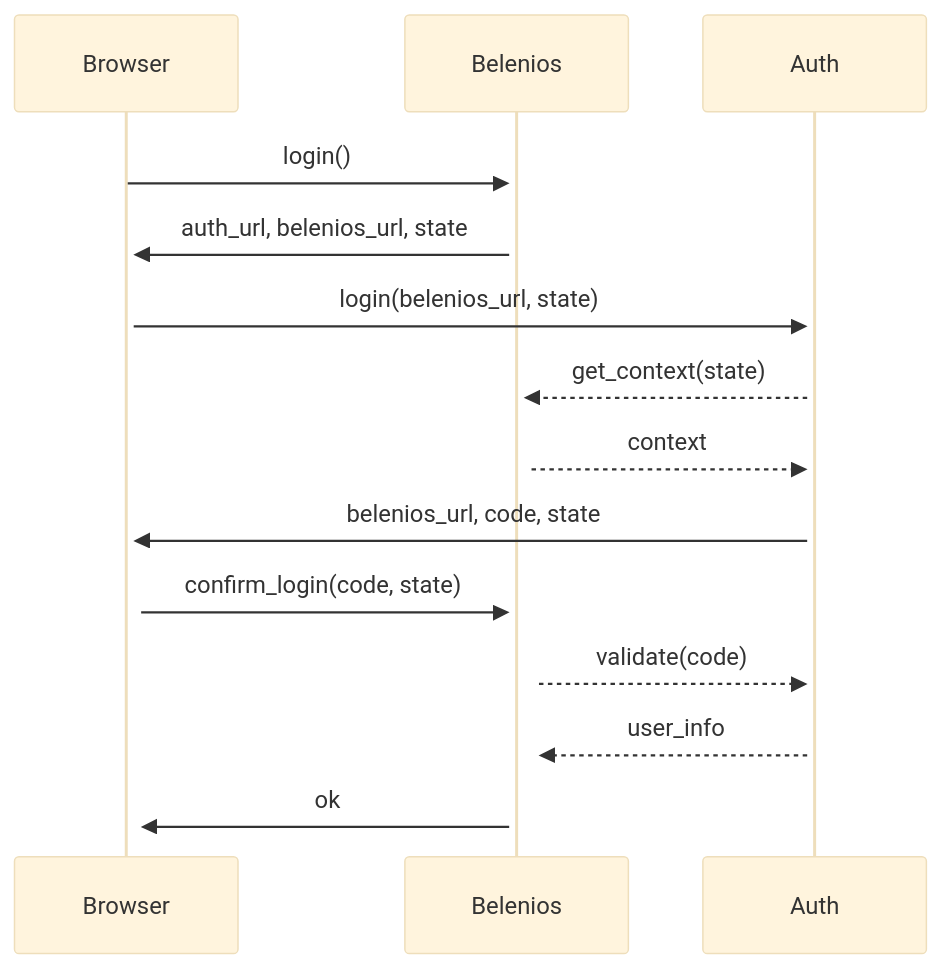
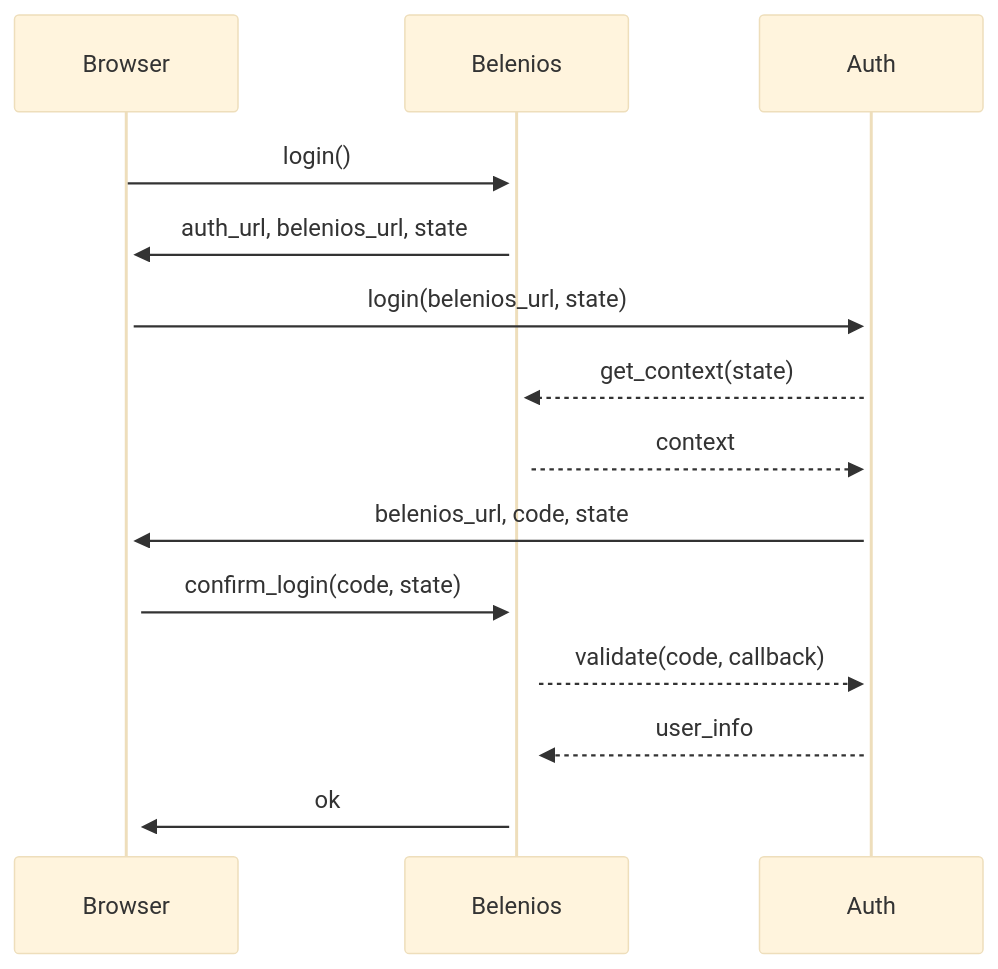
Before and after one commit to glondu/belenios: the first of 3 diagrams in doc/auth.md, drawn with Mermaid (base theme). The commit also changed other lines of this file and 4 other files, not shown here.

````diff
--- a/doc/auth.md
+++ b/doc/auth.md
@@ -31,13 +31,13 @@
 ```mermaid
 sequenceDiagram
     Browser->>+Belenios: login()
     Belenios->>+Browser: auth_url, belenios_url, state
     Browser->>+Auth: login(belenios_url, state)
     Auth-->>+Belenios: get_context(state)
     Belenios-->>+Auth: context
     Auth->>+Browser: belenios_url, code, state
     Browser->>+Belenios: confirm_login(code, state)
-    Belenios-->>+Auth: validate(code)
+    Belenios-->>+Auth: validate(code, callback)
     Auth-->>+Belenios: user_info
     Belenios->>+Browser: ok
 ```
````
